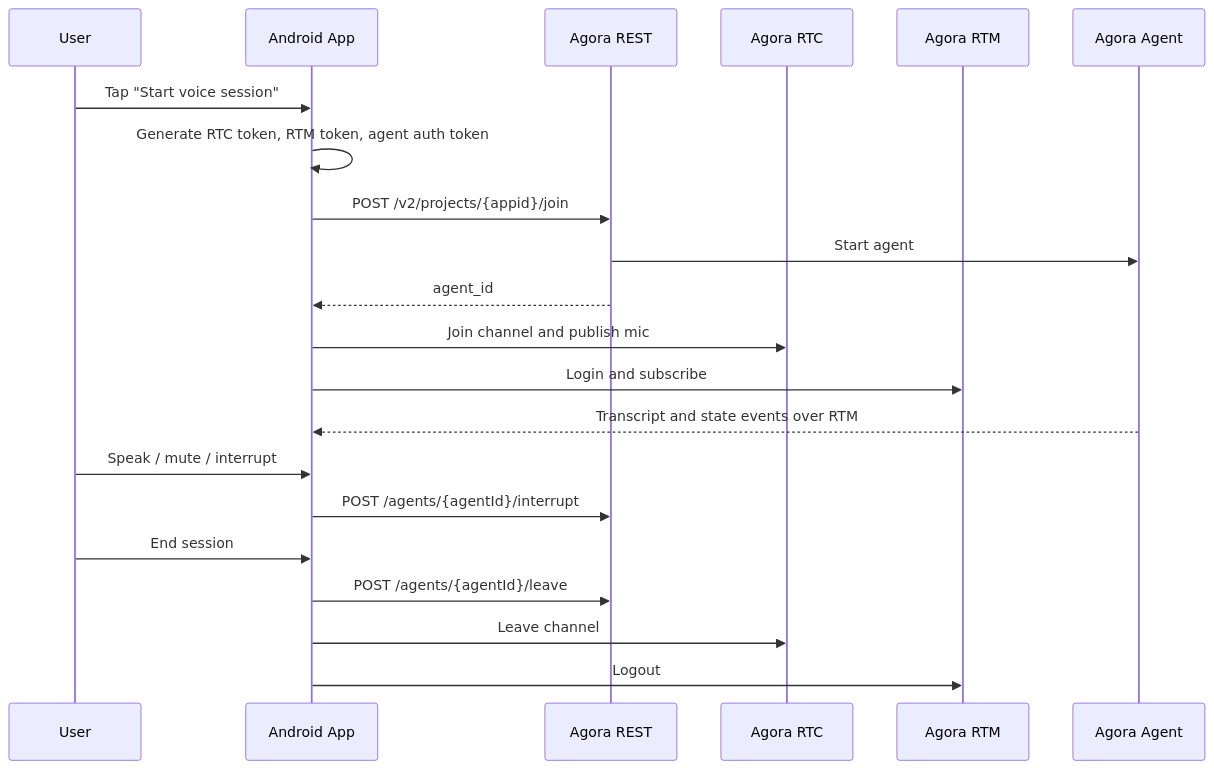
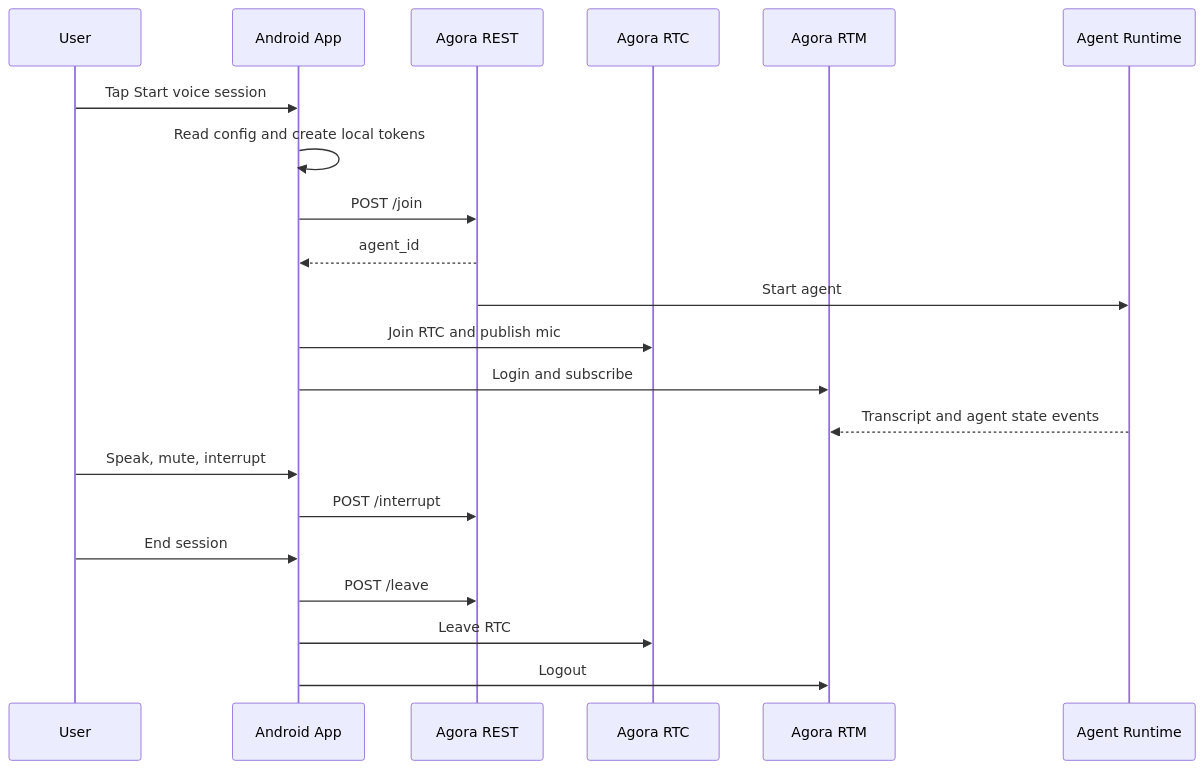
Before and after one commit to AgoraIO-Conversational-AI/agent-quickstart-android: the second of 7 diagrams in README.md, drawn with Mermaid. The commit also changed other lines of this file and 11 other files, not shown here.

````diff
--- a/README.md
+++ b/README.md
@@ -117,24 +81,24 @@
 ```mermaid
 sequenceDiagram
     participant U as User
     participant A as Android App
     participant R as Agora REST
     participant C as Agora RTC
     participant M as Agora RTM
-    participant G as Agora Agent
+    participant G as Agent Runtime
 
-    U->>A: Tap "Start voice session"
-    A->>A: Generate RTC token, RTM token, agent auth token
-    A->>R: POST /v2/projects/{appid}/join
+    U->>A: Tap Start voice session
+    A->>A: Read config and create local tokens
+    A->>R: POST /join
+    R-->>A: agent_id
     R->>G: Start agent
-    R-->>A: agent_id
-    A->>C: Join channel and publish mic
+    A->>C: Join RTC and publish mic
     A->>M: Login and subscribe
-    G-->>A: Transcript and state events over RTM
-    U->>A: Speak / mute / interrupt
-    A->>R: POST /agents/{agentId}/interrupt
+    G-->>M: Transcript and agent state events
+    U->>A: Speak, mute, interrupt
+    A->>R: POST /interrupt
     U->>A: End session
-    A->>R: POST /agents/{agentId}/leave
-    A->>C: Leave channel
+    A->>R: POST /leave
+    A->>C: Leave RTC
     A->>M: Logout
 ```
````
